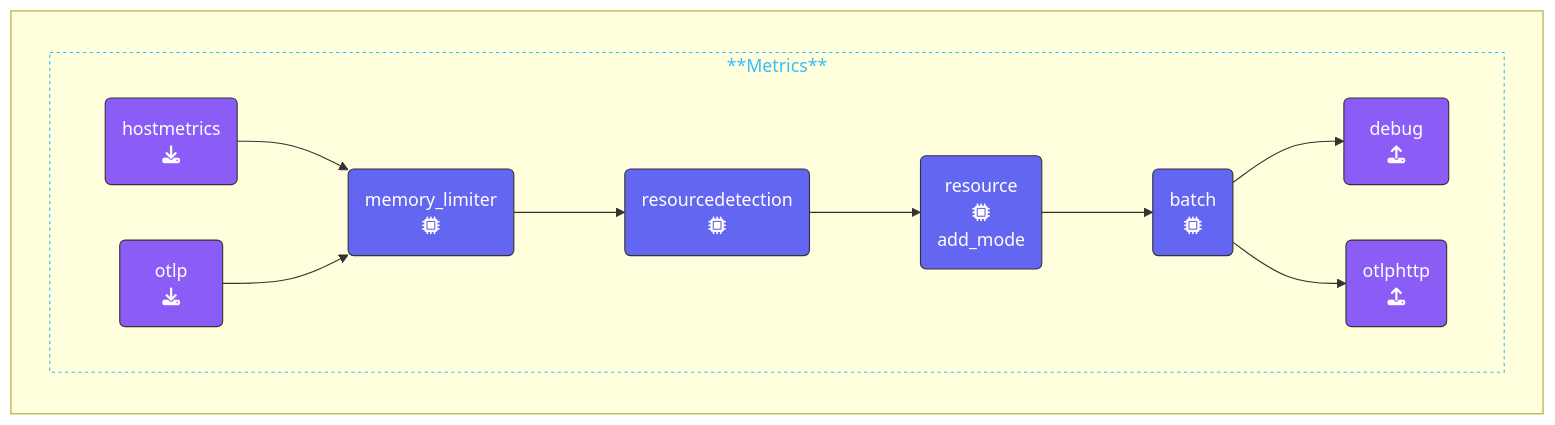
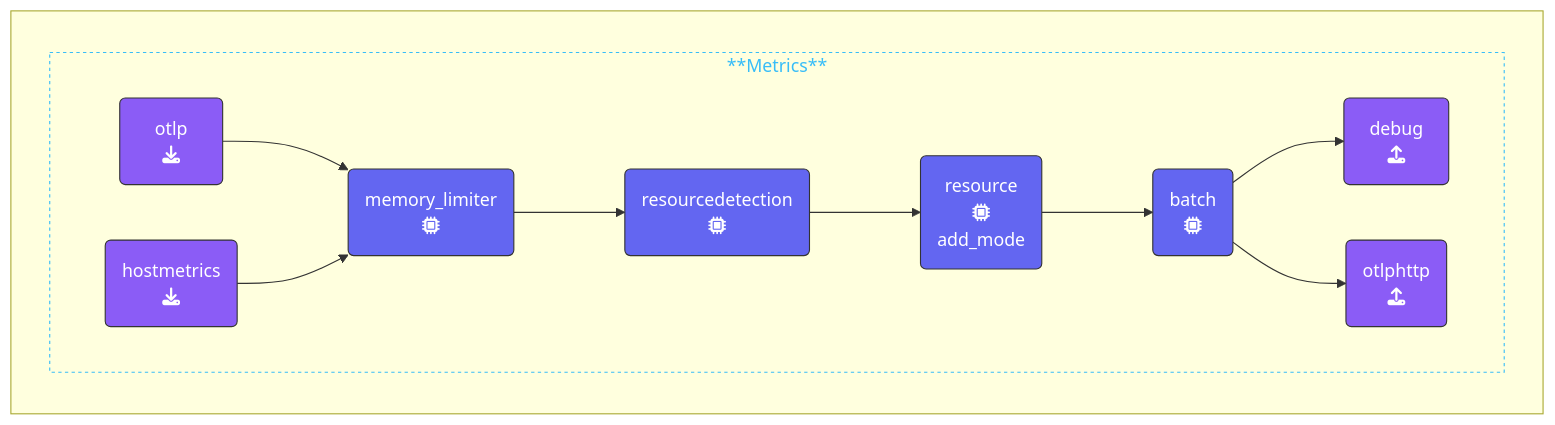
One commit to splunk/observability-workshop changed the diagram in content/en/ninja-workshops/10-advanced-otel/2-gateway/2-1-prepare_agent.md. Above: the diagram before and after it, drawn with Mermaid. The commit also changed other lines of this file and 7 other files, not shown here.

````diff
--- a/content/en/ninja-workshops/10-advanced-otel/2-gateway/2-1-prepare_agent.md
+++ b/content/en/ninja-workshops/10-advanced-otel/2-gateway/2-1-prepare_agent.md
@@ -92,31 +90,31 @@
 ```mermaid
 %%{init:{"fontFamily":"monospace"}}%%
 graph LR
     %% Nodes
-      REC1(hostmetrics<br>fa:fa-download):::receiver
-      REC2(&nbsp;&nbsp;&nbsp;&nbsp;otlp&nbsp;&nbsp;&nbsp;&nbsp;<br>fa:fa-download):::receiver
+      REC1(&nbsp;&nbsp;&nbsp;&nbsp;otlp&nbsp;&nbsp;&nbsp;&nbsp;<br>fa:fa-download):::receiver
+      REC2(hostmetrics<br>fa:fa-download):::receiver
       PRO1(memory_limiter<br>fa:fa-microchip):::processor
       PRO2(resourcedetection<br>fa:fa-microchip):::processor
       PRO3(resource<br>fa:fa-microchip<br>add_mode):::processor
       PRO4(batch<br>fa:fa-microchip):::processor
       EXP1(otlphttp<br>fa:fa-upload):::exporter
       EXP2(&ensp;debug&ensp;<br>fa:fa-upload):::exporter
     %% Links
     subID1:::sub-metrics
     subgraph " "
       subgraph subID1[**Metrics**]
       direction LR
       REC1 --> PRO1
       REC2 --> PRO1
       PRO1 --> PRO2
       PRO2 --> PRO3
       PRO3 --> PRO4
       PRO4 --> EXP2
       PRO4 --> EXP1
       end
     end
 classDef receiver,exporter fill:#8b5cf6,stroke:#333,stroke-width:1px,color:#fff;
 classDef processor fill:#6366f1,stroke:#333,stroke-width:1px,color:#fff;
 classDef con-receive,con-export fill:#45c175,stroke:#333,stroke-width:1px,color:#fff;
 classDef sub-metrics stroke:#38bdf8,stroke-width:1px, color:#38bdf8,stroke-dasharray: 3 3;
 ```
````
